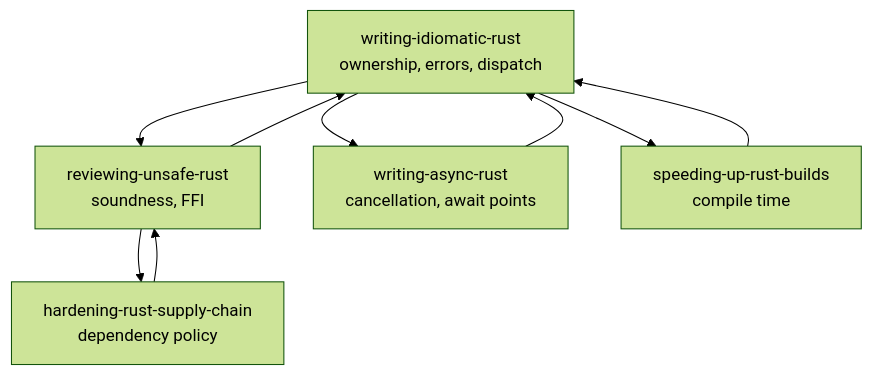
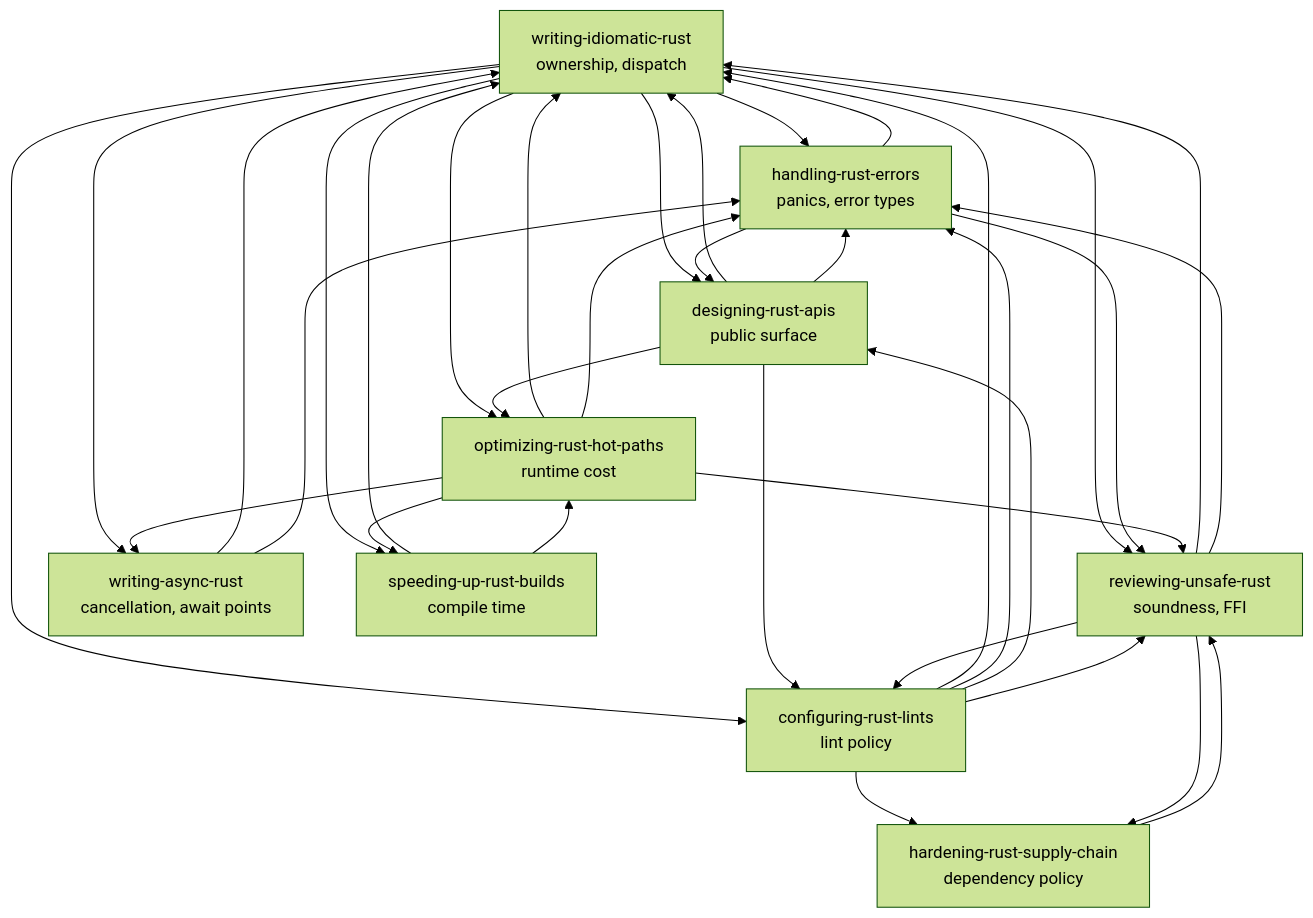
Before and after one commit to audacioustux/agents: the second of 3 diagrams in .agents/skills/README.md, drawn with Mermaid (forest theme). The commit also changed other lines of this file and 10 other files, not shown here.

````diff
--- a/.agents/skills/README.md
+++ b/.agents/skills/README.md
@@ -117,14 +121,22 @@
 ```mermaid
 flowchart TD
-  idio["writing-idiomatic-rust<br/>ownership, errors, dispatch"]
+  idio["writing-idiomatic-rust<br/>ownership, dispatch"]
+  errors["handling-rust-errors<br/>panics, error types"]
+  api["designing-rust-apis<br/>public surface"]
+  perf["optimizing-rust-hot-paths<br/>runtime cost"]
+  lints["configuring-rust-lints<br/>lint policy"]
   unsafe_["reviewing-unsafe-rust<br/>soundness, FFI"]
   async_["writing-async-rust<br/>cancellation, await points"]
   supply["hardening-rust-supply-chain<br/>dependency policy"]
   builds["speeding-up-rust-builds<br/>compile time"]
 
-  idio --> unsafe_ & async_ & builds
-  unsafe_ --> idio & supply
-  async_ --> idio
+  idio --> errors & api & perf & lints & unsafe_ & async_ & builds
+  errors --> idio & api & unsafe_
+  api --> idio & errors & perf & lints
+  perf --> idio & errors & unsafe_ & async_ & builds
+  lints --> idio & errors & api & unsafe_ & supply
+  unsafe_ --> idio & errors & lints & supply
+  async_ --> idio & errors
   supply --> unsafe_
-  builds --> idio
+  builds --> idio & perf
 ```
````
